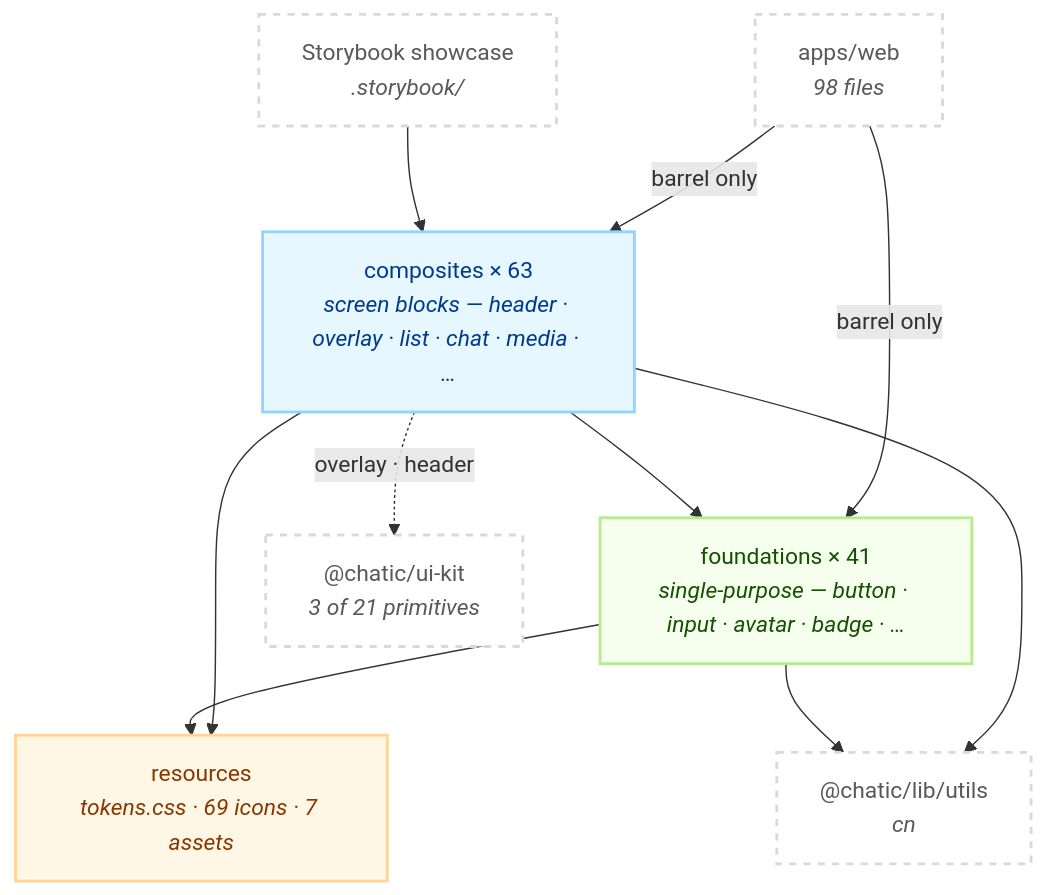
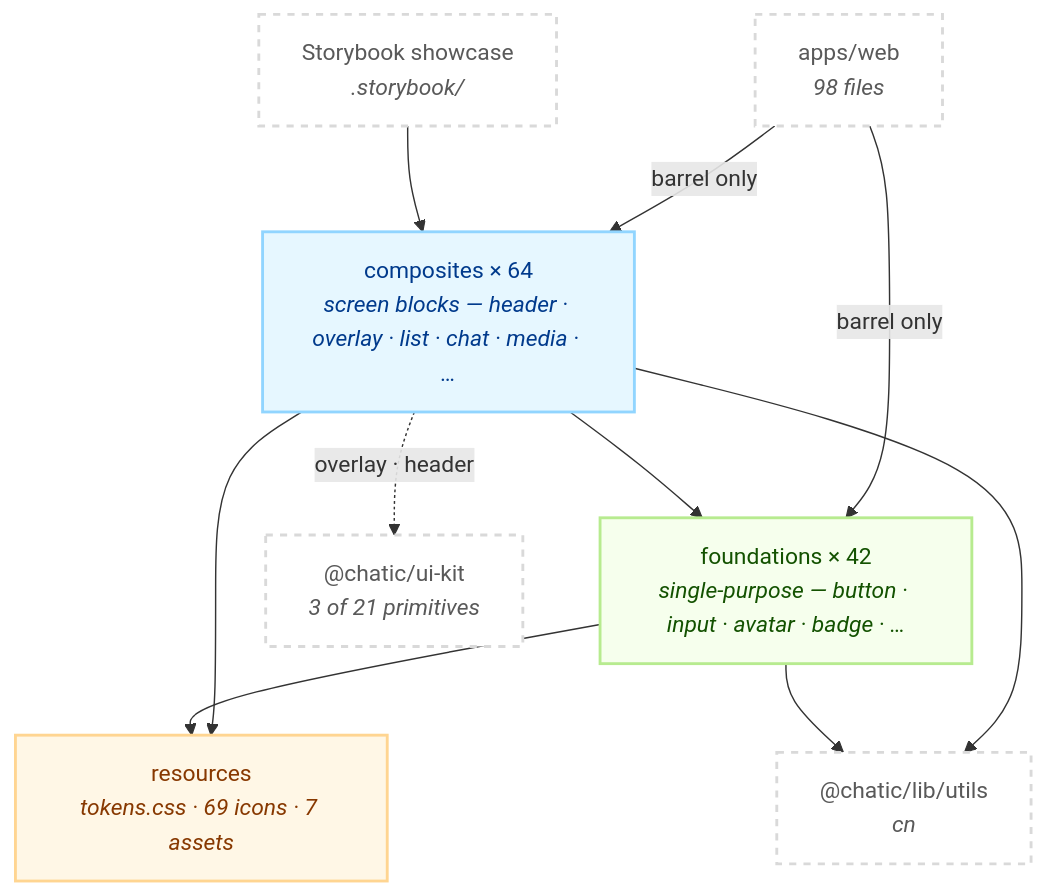
Before and after one commit to lemoncloud-io/dou-app: the first of 2 diagrams in libs/web-ui-kit/README.md, drawn with Mermaid. The commit also changed other lines of this file and 38 other files, not shown here.

````diff
--- a/libs/web-ui-kit/README.md
+++ b/libs/web-ui-kit/README.md
@@ -116,27 +116,27 @@
 ```mermaid
 flowchart TD
     classDef comp fill:#e6f7ff,stroke:#91d5ff,stroke-width:2px,color:#003a8c;
     classDef found fill:#f6ffed,stroke:#b7eb8f,stroke-width:2px,color:#135200;
     classDef res fill:#fff7e6,stroke:#ffd591,stroke-width:2px,color:#873800;
     classDef ext fill:#ffffff,stroke:#d9d9d9,stroke-width:2px,color:#595959,stroke-dasharray: 5 5;
 
     App["apps/web<br/><i>98 files</i>"]:::ext
     SB["Storybook showcase<br/><i>.storybook/</i>"]:::ext
 
-    C["composites × 63<br/><i>screen blocks — header · overlay · list · chat · media · …</i>"]:::comp
-    F["foundations × 41<br/><i>single-purpose — button · input · avatar · badge · …</i>"]:::found
+    C["composites × 64<br/><i>screen blocks — header · overlay · list · chat · media · …</i>"]:::comp
+    F["foundations × 42<br/><i>single-purpose — button · input · avatar · badge · …</i>"]:::found
     R["resources<br/><i>tokens.css · 69 icons · 7 assets</i>"]:::res
 
     UK["@chatic/ui-kit<br/><i>3 of 21 primitives</i>"]:::ext
     CN["@chatic/lib/utils<br/><i>cn</i>"]:::ext
 
     App -->|"barrel only"| C
     App -->|"barrel only"| F
     SB --> C
     C --> F
     C --> R
     F --> R
     C -.->|"overlay · header"| UK
     C --> CN
     F --> CN
 ```
````
